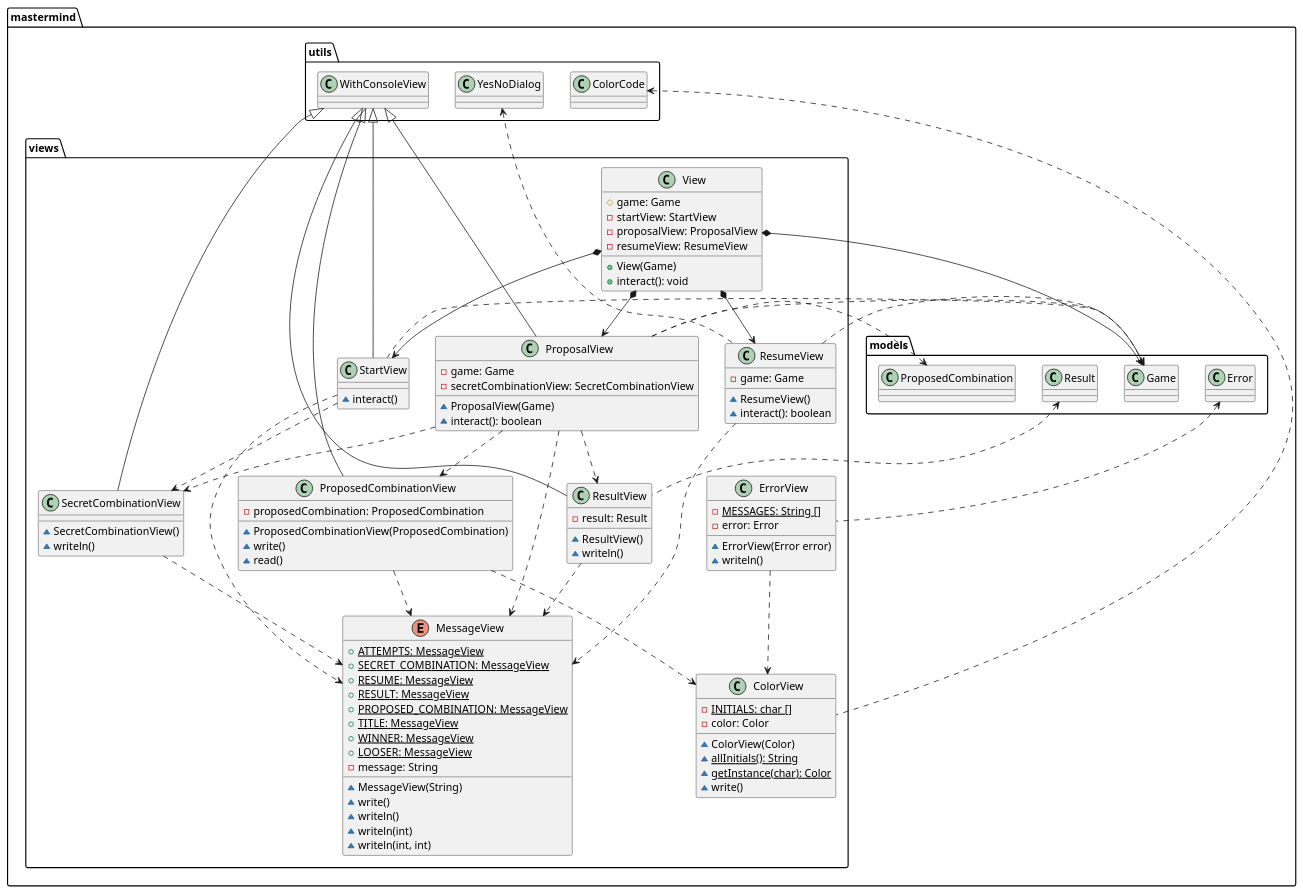
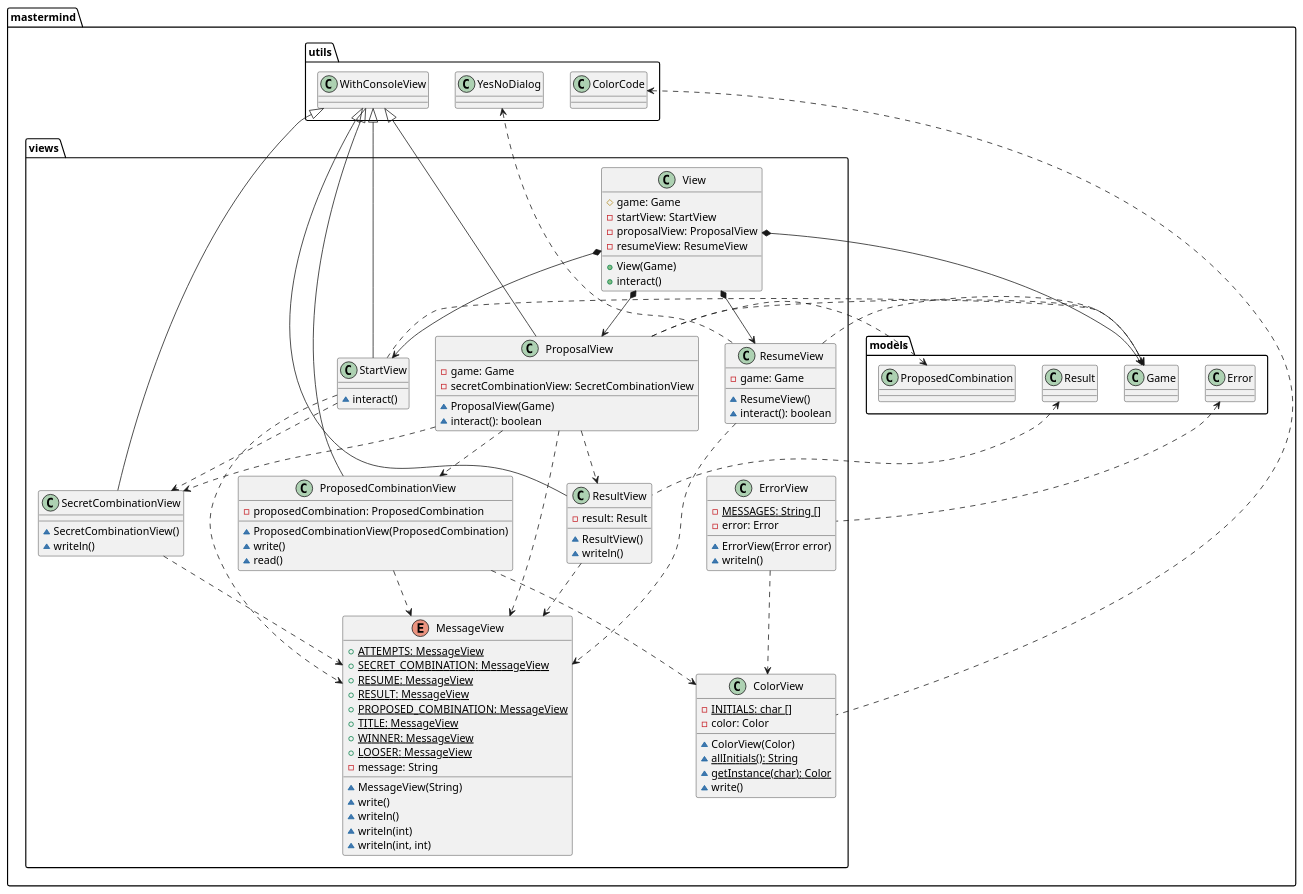
One commit to SantaTecla-mastermind/solution.java.swing.socket.sql changed the second of 4 diagrams in documentView/console/docs/diagrams/src/paquetes.plantuml. Above: the diagram before and after it, drawn with PlantUML. The commit also changed other lines of this file, not shown here.

Commit message:
Modificado el plantuml

```diff
--- a/documentView/console/docs/diagrams/src/paquetes.plantuml
+++ b/documentView/console/docs/diagrams/src/paquetes.plantuml
@@ -13,108 +13,108 @@
 @startuml mastermind.views
 class  mastermind.views.ColorView{
 - {static} INITIALS: char []
 - color: Color
 ~ ColorView(Color)
 ~ {static} allInitials(): String
 ~ {static} getInstance(char): Color
 ~ write()
 }
 mastermind.utils.ColorCode <..down- mastermind.views.ColorView
 
 class  mastermind.views.ErrorView{
 - {static} MESSAGES: String []
 - error: Error
 ~ ErrorView(Error error)
 ~ writeln()
 }
 mastermind.models.Error <..down- mastermind.views.ErrorView
 mastermind.views.ErrorView ..> mastermind.views.ColorView
 
 enum  mastermind.views.MessageView{
 + {static} ATTEMPTS: MessageView
 + {static} SECRET_COMBINATION: MessageView
 + {static} RESUME: MessageView
 + {static} RESULT: MessageView
 + {static} PROPOSED_COMBINATION: MessageView
 + {static} TITLE: MessageView
 + {static} WINNER: MessageView
 + {static} LOOSER: MessageView
 - message: String
 ~ MessageView(String)
 ~ write()
 ~ writeln()
 ~ writeln(int)
 ~ writeln(int, int)
 }
 
 class  mastermind.views.ProposalView{
 - game: Game
 - secretCombinationView: SecretCombinationView
 ~ ProposalView(Game)
 ~ interact(): boolean
 }
 mastermind.models.ProposedCombination <..down- mastermind.views.ProposalView
 mastermind.utils.WithConsoleView <|-down- mastermind.views.ProposalView
 mastermind.views.ProposalView ..> mastermind.models.Game
 mastermind.views.ProposalView ..> mastermind.views.MessageView
 mastermind.views.ProposalView ..> mastermind.views.SecretCombinationView
 mastermind.views.ProposalView ..> mastermind.views.ProposedCombinationView
 mastermind.views.ProposalView ..> mastermind.views.ResultView
 
 class  mastermind.views.ProposedCombinationView{
 - proposedCombination: ProposedCombination
 ~ ProposedCombinationView(ProposedCombination)
 ~ write()
 ~ read()
 }
 mastermind.utils.WithConsoleView <|-down- mastermind.views.ProposedCombinationView
 mastermind.views.ProposedCombinationView..> mastermind.views.MessageView
 mastermind.views.ProposedCombinationView..> mastermind.views.ColorView
 
 
 class  mastermind.views.ResultView{
 - result: Result
 ~ ResultView()
 ~ writeln()
 }
 mastermind.utils.WithConsoleView <|-down- mastermind.views.ResultView
 mastermind.models.Result <..down- mastermind.views.ResultView
 mastermind.views.ResultView..> mastermind.views.MessageView
 
 class  mastermind.views.ResumeView{
 - game: Game
 ~ ResumeView()
 ~ interact(): boolean
 }
 mastermind.views.ResumeView ..> mastermind.models.Game
 mastermind.utils.YesNoDialog <..down- mastermind.views.ResumeView
 mastermind.views.ResumeView..> mastermind.views.MessageView
 
 class  mastermind.views.SecretCombinationView{
 ~ SecretCombinationView()
 ~ writeln()
 }
 mastermind.utils.WithConsoleView <|-down- mastermind.views.SecretCombinationView
 mastermind.views.SecretCombinationView..> mastermind.views.MessageView
 
 class  mastermind.views.StartView{
 ~ interact()
 }
 mastermind.utils.WithConsoleView <|-down- mastermind.views.StartView
 mastermind.views.StartView ..> mastermind.models.Game
 mastermind.views.StartView..> mastermind.views.MessageView
 mastermind.views.StartView..> mastermind.views.SecretCombinationView
 
 class  mastermind.views.View{
 # game: Game
 - startView: StartView
 - proposalView: ProposalView
 - resumeView: ResumeView
 + View(Game)
-+ interact(): void
++ interact()
 }
 mastermind.views.View *-down-> mastermind.views.ProposalView
 mastermind.views.View *-down-> mastermind.views.StartView
 mastermind.views.View *-down-> mastermind.models.Game
 mastermind.views.View *-down-> mastermind.views.ResumeView
 @enduml
```
